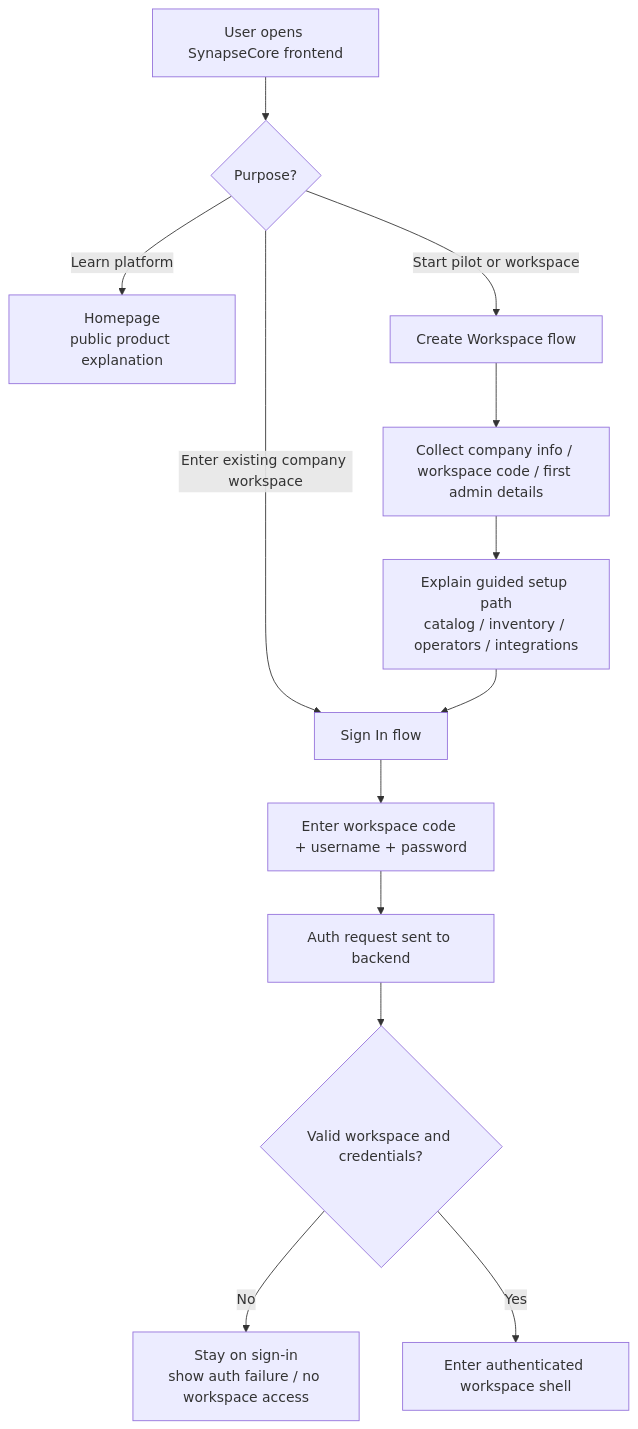
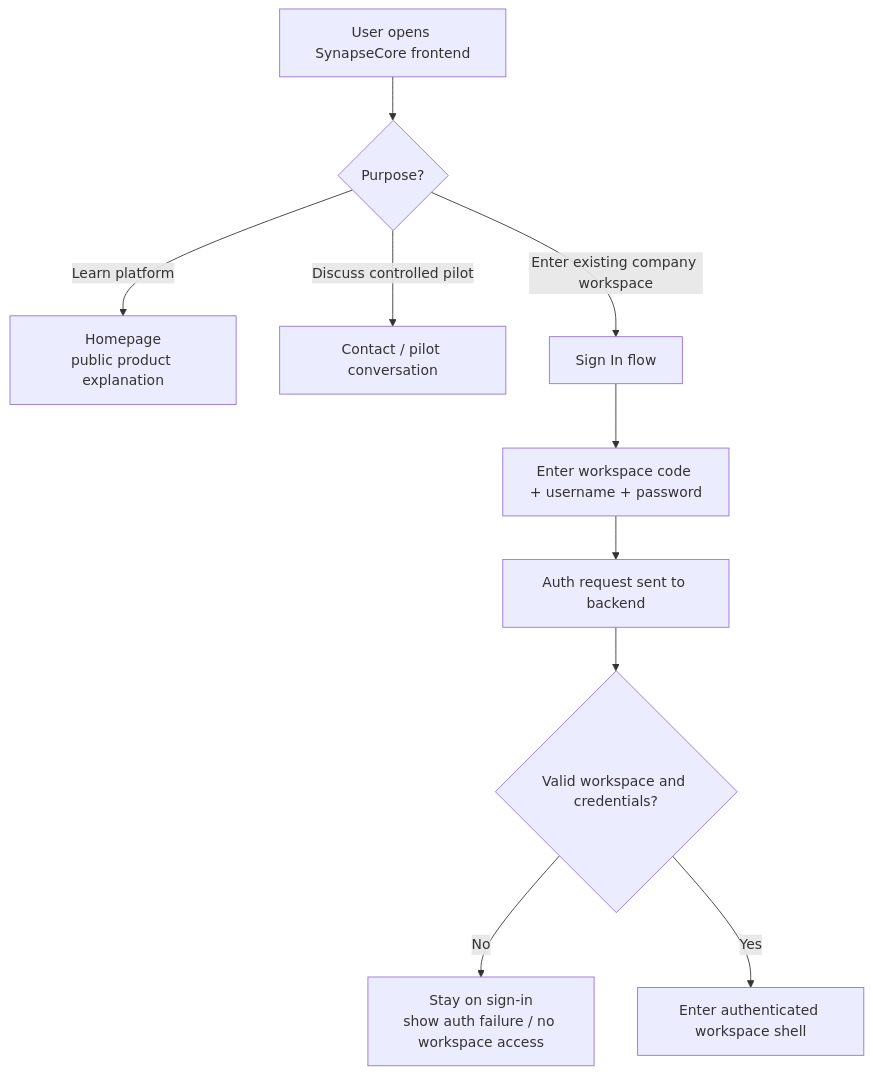
The second of 13 diagrams in docs/system-flow.md (kobanihlulani77-maker/SynapsCore), drawn with Mermaid before and after one commit. The commit also changed other lines of this file and 36 other files, not shown here.

````diff
--- a/docs/system-flow.md
+++ b/docs/system-flow.md
@@ -145,17 +144,13 @@
 ```mermaid
 flowchart TD
     A["User opens SynapseCore frontend"] --> B{"Purpose?"}
     B -->|Learn platform| C["Homepage<br/>public product explanation"]
-    B -->|Start pilot or workspace| D["Create Workspace flow"]
+    B -->|Discuss controlled pilot| D["Contact / pilot conversation"]
     B -->|Enter existing company workspace| E["Sign In flow"]
-
-    D --> F["Collect company info / workspace code / first admin details"]
-    F --> G["Explain guided setup path<br/>catalog / inventory / operators / integrations"]
-    G --> E
 
     E --> H["Enter workspace code + username + password"]
     H --> I["Auth request sent to backend"]
     I --> J{"Valid workspace and credentials?"}
     J -->|No| K["Stay on sign-in<br/>show auth failure / no workspace access"]
     J -->|Yes| L["Enter authenticated workspace shell"]
 ```
````
